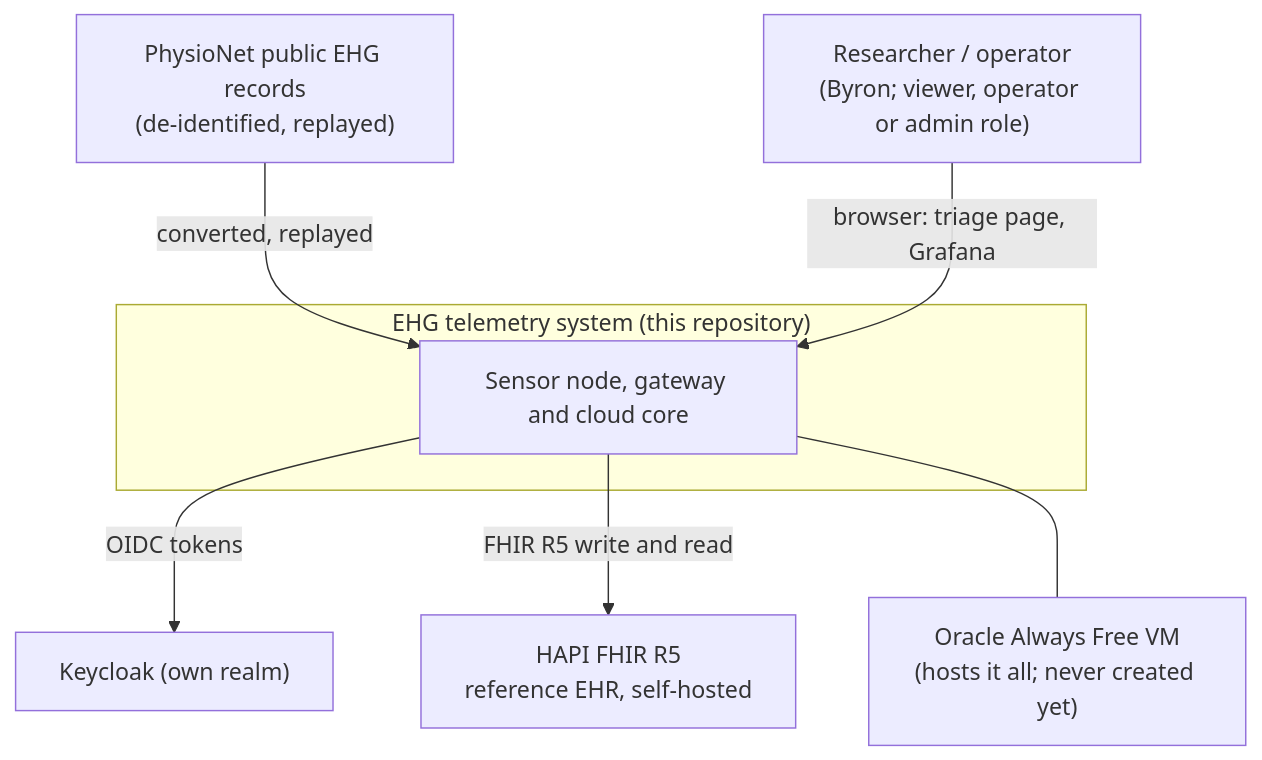
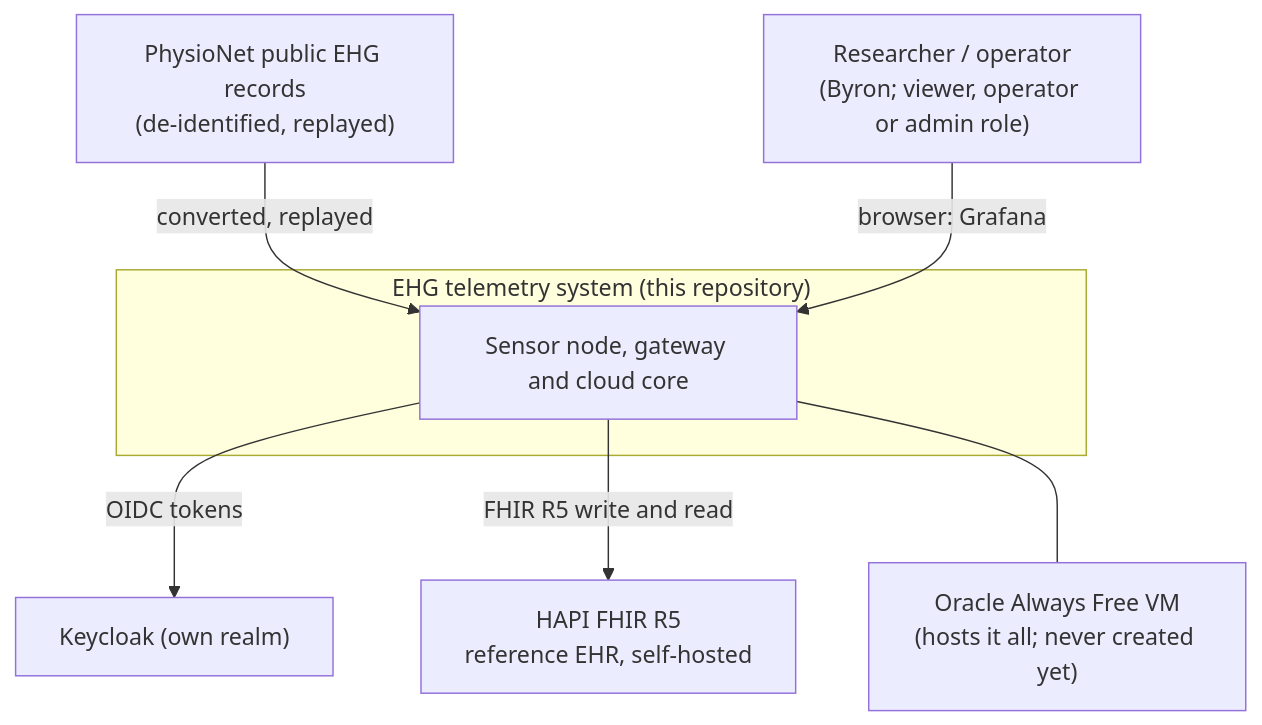
One commit to bpetselis01/ehg_embedded changed the second of 3 diagrams in docs/production-topology.md. Above: the diagram before and after it, drawn with Mermaid. The commit also changed other lines of this file and 112 other files, not shown here.

````diff
--- a/docs/production-topology.md
+++ b/docs/production-topology.md
@@ -119,16 +114,16 @@
 ```mermaid
 flowchart TB
   researcher["Researcher / operator<br/>(Byron; viewer, operator or admin role)"]
   subgraph ehg["EHG telemetry system (this repository)"]
     chain["Sensor node, gateway and cloud core"]
   end
   public["PhysioNet public EHG records<br/>(de-identified, replayed)"]
   idp["Keycloak (own realm)"]
   ehr["HAPI FHIR R5<br/>reference EHR, self-hosted"]
   oci["Oracle Always Free VM<br/>(hosts it all; never created yet)"]
   public -->|"converted, replayed"| chain
-  researcher -->|"browser: triage page, Grafana"| chain
+  researcher -->|"browser: Grafana"| chain
   chain -->|"OIDC tokens"| idp
   chain -->|"FHIR R5 write and read"| ehr
   chain --- oci
 ```
````
